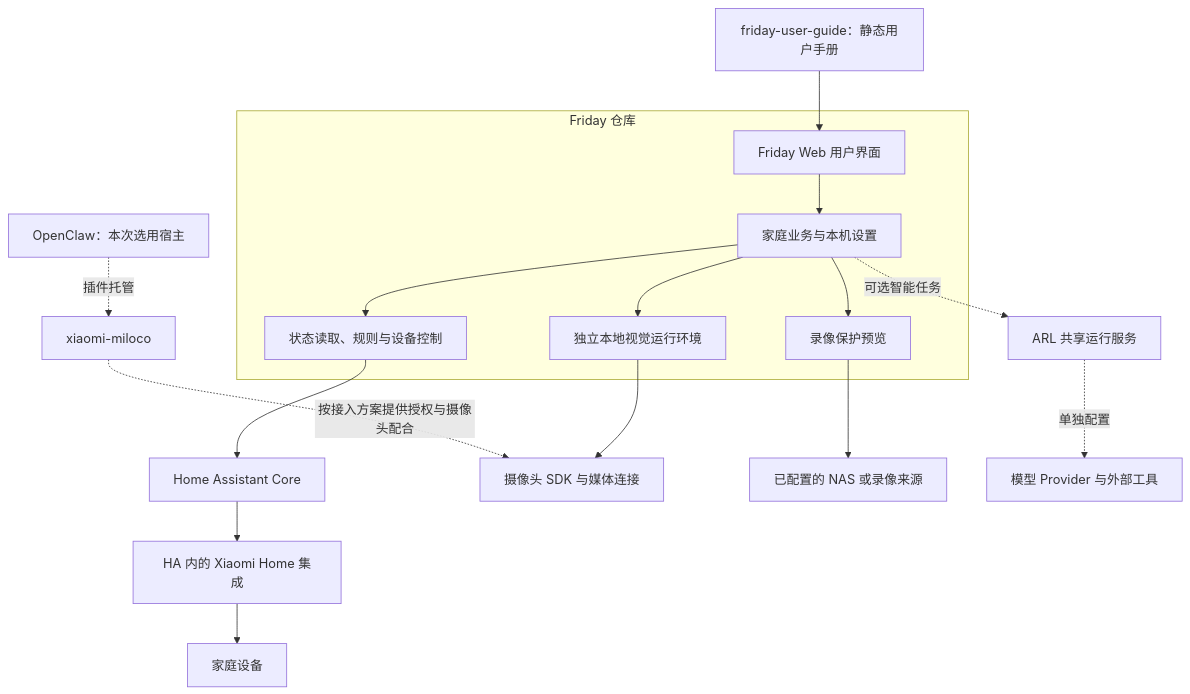
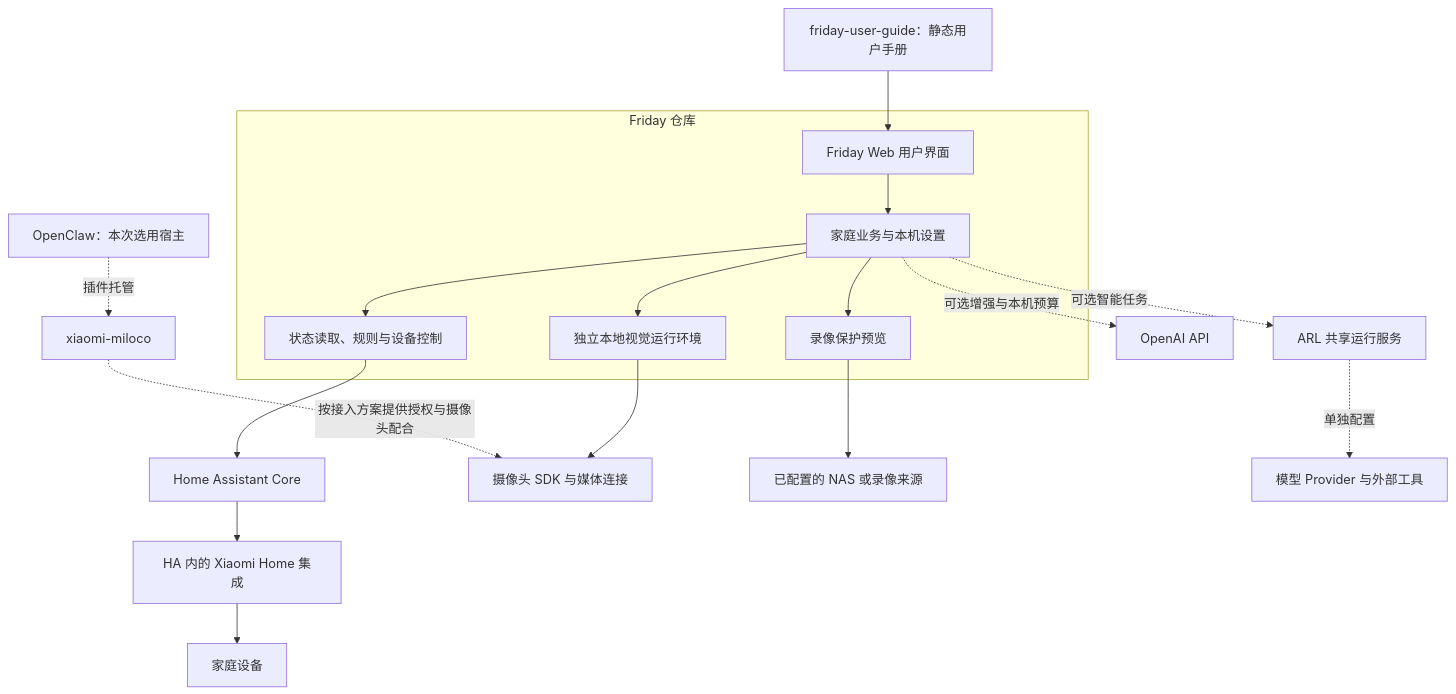
Before and after one commit to lijunfeng722/friday-project-index: the first of 4 diagrams in docs/architecture.md, drawn with Mermaid. The commit also changed other lines of this file and 3 other files, not shown here.

````diff
--- a/docs/architecture.md
+++ b/docs/architecture.md
@@ -7,19 +7,20 @@
 ```mermaid
 flowchart TB
   Docs[friday-user-guide：静态用户手册] --> Browser[Friday Web 用户界面]
   subgraph Friday[Friday 仓库]
     Browser --> API[家庭业务与本机设置]
     API --> Query[状态读取、规则与设备控制]
     API --> Vision[独立本地视觉运行环境]
     API --> Playback[录像保护预览]
   end
   Query --> HA[Home Assistant Core]
   HA --> XH[HA 内的 Xiaomi Home 集成]
   XH --> Devices[家庭设备]
   Vision --> SDK[摄像头 SDK 与媒体连接]
   Miloco[xiaomi-miloco] -. 按接入方案提供授权与摄像头配合 .-> SDK
   OpenClaw[OpenClaw：本次选用宿主] -. 插件托管 .-> Miloco
   Playback --> NAS[已配置的 NAS 或录像来源]
   API -. 可选智能任务 .-> ARL[ARL 共享运行服务]
   ARL -. 单独配置 .-> Models[模型 Provider 与外部工具]
+  API -. 可选增强与本机预算 .-> OpenAI[OpenAI API]
 ```
````
